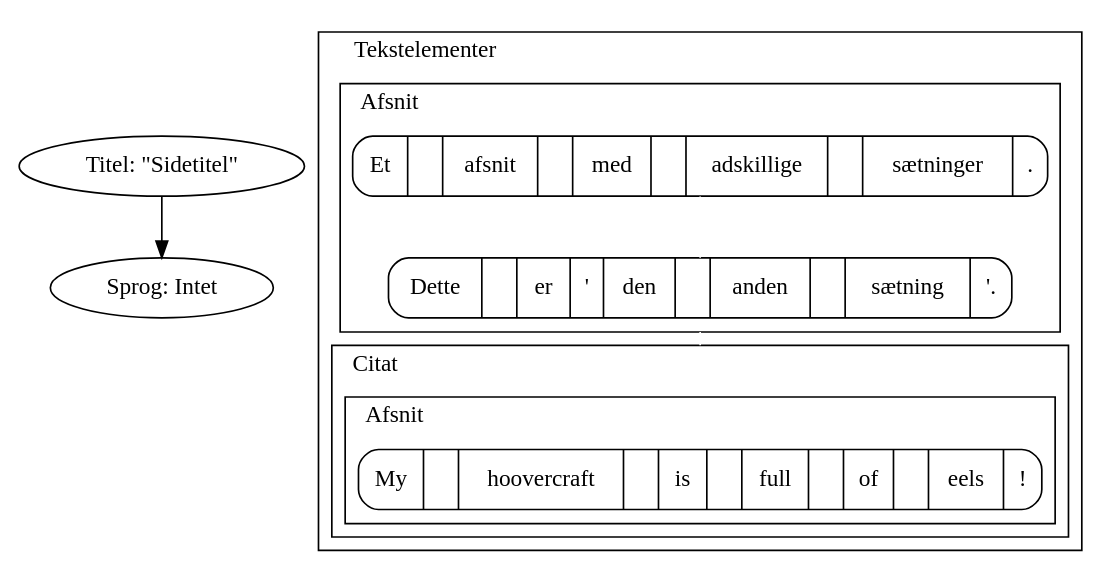
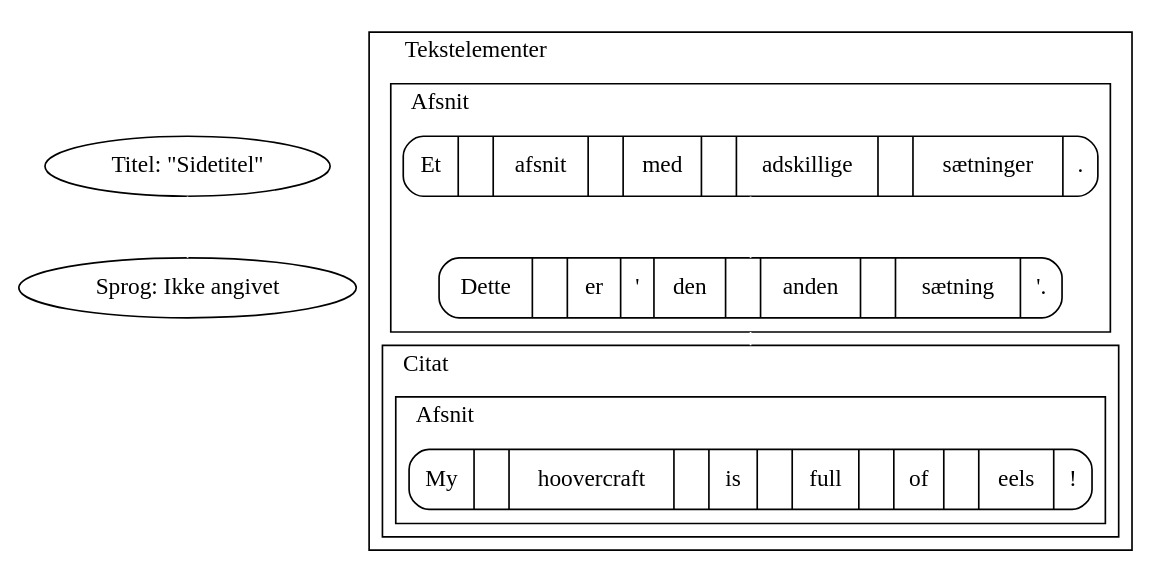
One commit to athas/webanalyzer changed the diagram in rapport/document.dot. Above: the diagram before and after it, drawn with Graphviz. The commit also changed 2 other files, not shown here.

```diff
--- a/rapport/document.dot
+++ b/rapport/document.dot
@@ -1,33 +1,33 @@
 digraph G
 {
         compound=true;
         Titel[label="Titel: \"Sidetitel\""];
-        Sprog[label="Sprog: Intet"];
-        Titel -> Sprog;
+        Sprog[label="Sprog: Ikke angivet"];
+        Titel -> Sprog [color="white", arrowhead="none"];
         
         subgraph cluster_tekstelementer
         {
                 labeljust="l"
                 label="Tekstelementer";
 
                 subgraph cluster_citat
                 {
                         label="Citat";
                         subgraph cluster_afsnit2
                         {
                                 label="Afsnit";
 
                                 struct3 [label="My| |hoovercraft| |is| |full| |of| |eels|!", shape=Mrecord];
                         }
                 }
 
                 subgraph cluster_afsnit
                 {
                         label="Afsnit";
                         struct2 [label="Dette| |er| '|den| |anden| |sætning|'.", shape=Mrecord];
                         struct1 [label="Et|\ |afsnit| |med| |adskillige| |sætninger|.", shape=Mrecord];
                         struct1 -> struct2 [color="white", len="0.2", arrowhead="none"];
                 }
                 struct2 -> struct3 [ltail=cluster_afsnit, lhead=cluster_citat, color="white", arrowhead="none"];
         }
 }
```
